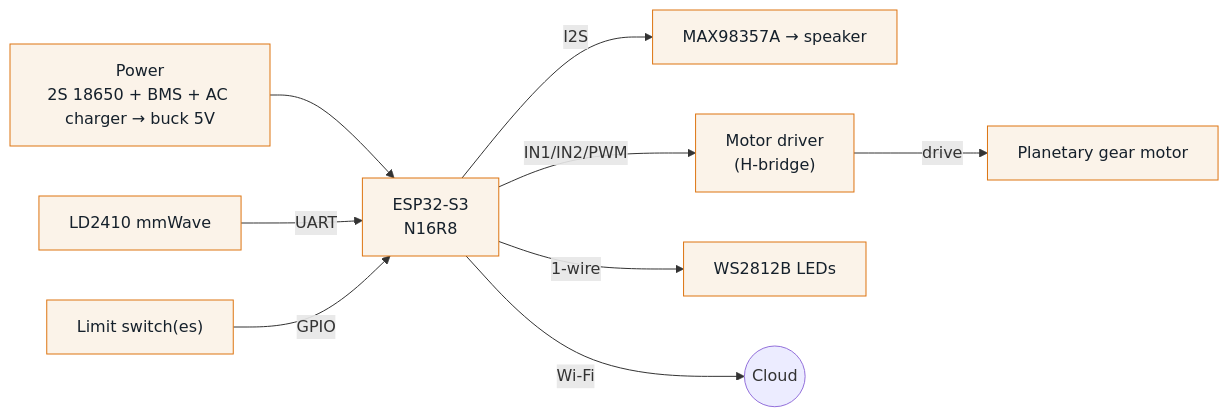
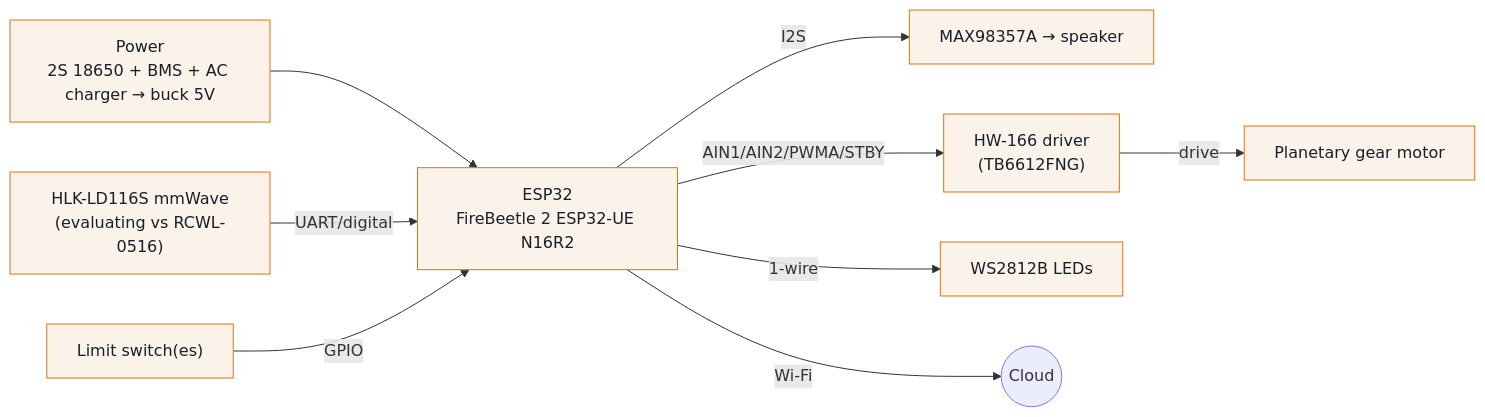
The first of 2 diagrams in team/ELECTRONICS_ARCHITECTURE.md (manavkhadka0/engage-bot), drawn with Mermaid before and after one commit. The commit also changed other lines of this file and 2 other files, not shown here.

````diff
--- a/team/ELECTRONICS_ARCHITECTURE.md
+++ b/team/ELECTRONICS_ARCHITECTURE.md
@@ -30,12 +38,12 @@
 ```mermaid
 graph LR
-    PWR["Power<br/>2S 18650 + BMS + AC charger → buck 5V"] --> ESP["ESP32-S3<br/>N16R8"]
-    LD["LD2410 mmWave"] -->|UART| ESP
+    PWR["Power<br/>2S 18650 + BMS + AC charger → buck 5V"] --> ESP["ESP32<br/>FireBeetle 2 ESP32-UE N16R2"]
+    LD["HLK-LD116S mmWave<br/>(evaluating vs RCWL-0516)"] -->|UART/digital| ESP
     ESP -->|I2S| AMP["MAX98357A → speaker"]
-    ESP -->|IN1/IN2/PWM| DRV["Motor driver<br/>(H-bridge)"] -->|drive| MOT["Planetary gear motor"]
+    ESP -->|AIN1/AIN2/PWMA/STBY| DRV["HW-166 driver<br/>(TB6612FNG)"] -->|drive| MOT["Planetary gear motor"]
     LIM["Limit switch(es)"] -->|GPIO| ESP
     ESP -->|1-wire| LED["WS2812B LEDs"]
     ESP -->|Wi-Fi| NET(("Cloud"))
     classDef n fill:#fbf3e9,stroke:#dd7411,color:#15202b;
     class PWR,ESP,LD,AMP,DRV,MOT,LIM,LED n;
 ```
````
